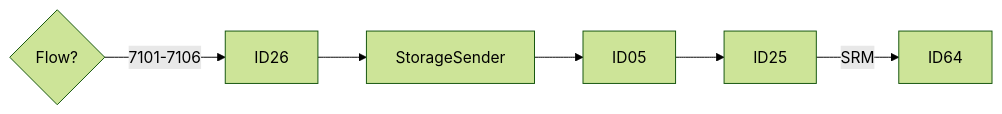
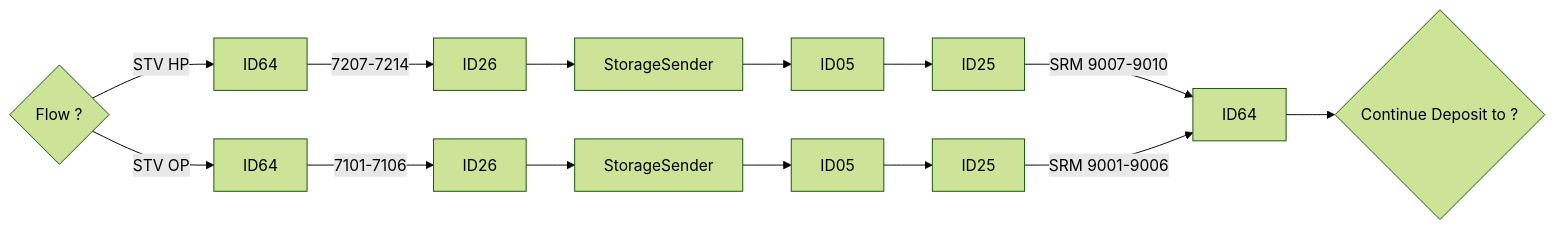
One commit to luthfiadityaa/SimeDarby-Wiki changed the second of 15 diagrams in Basic-Design/DFD-WMS/Retrieval/Transfer-Setting/Ambient-to-Tempering.md. Above: the diagram before and after it, drawn with Mermaid (forest theme). The commit also changed other lines of this file, not shown here.

```diff
--- a/Basic-Design/DFD-WMS/Retrieval/Transfer-Setting/Ambient-to-Tempering.md
+++ b/Basic-Design/DFD-WMS/Retrieval/Transfer-Setting/Ambient-to-Tempering.md
@@ -17,5 +17,8 @@
 ::: mermaid
-flowchart LR
+flowchart LR 
+Cond1{Flow ?}-->|STV HP|P1[ID64]-->|7207-7214|P2[ID26]-->P3[StorageSender]-->P4[ID05]-->P5[ID25]-->|SRM 9007-9010|P6[ID64]
+Cond1{Flow ?}-->|STV OP|P7[ID64]-->|7101-7106|P8[ID26]-->P9[StorageSender]-->P10[ID05]-->P11[ID25]-->|SRM 9001-9006|P6[ID64]
 
-Cond1{Flow?} -->|7101-7106|P2[ID26]-->P8[StorageSender]-->P9[ID05]-->P10[ID25]-->|SRM|P11[ID64]
+P6[ID64]-->Cond2{Continue Deposit to ?}
+
 :::
```
